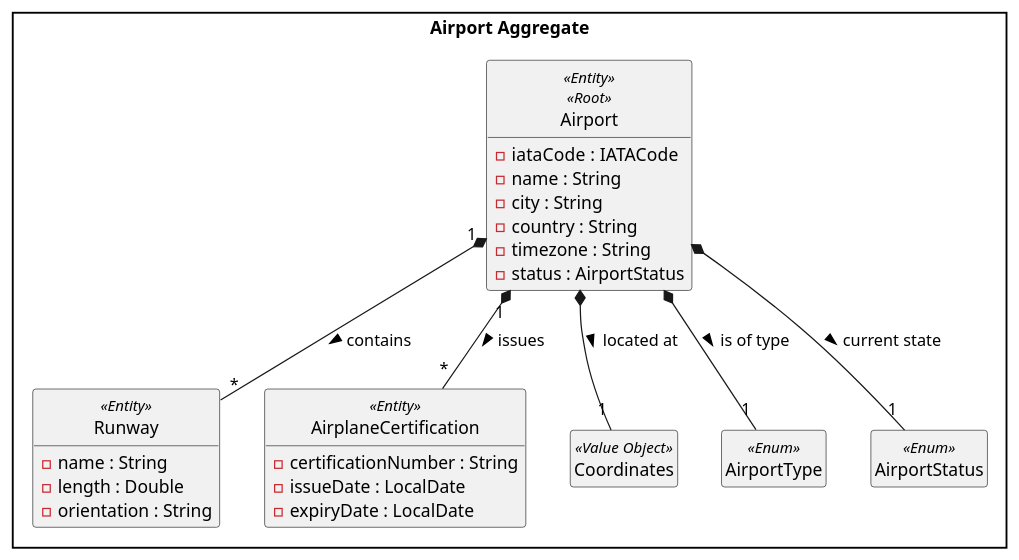
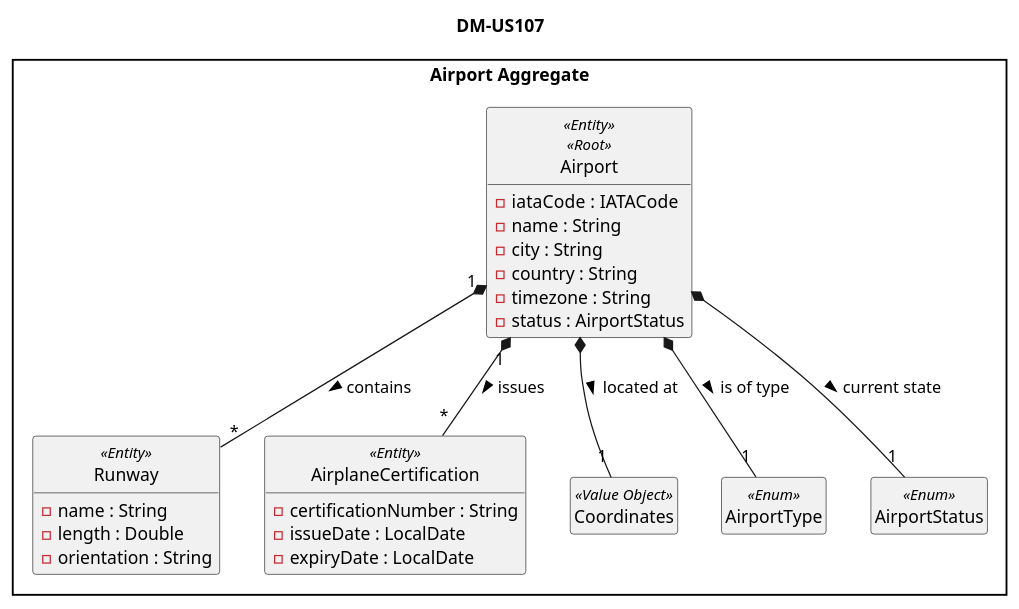
The diagram in docs/WP#2A-Airports/US107/US107-DM.puml (anamartasilvaa/PSOFT_AISafe_Flight), drawn with PlantUML before and after one commit. The commit also changed 39 other files, not shown here.

Commit message:
Títulos nos diagramas

```diff
--- a/docs/WP#2A-Airports/US107/US107-DM.puml
+++ b/docs/WP#2A-Airports/US107/US107-DM.puml
@@ -1,38 +1,39 @@
 @startuml
 skinparam style strictuml
 skinparam packageStyle rectangle
 hide empty members
+title DM-US107
 
 package "Airport Aggregate" {
     class Airport <<Entity>> <<Root>> {
         - iataCode : IATACode
         - name : String
         - city : String
         - country : String
         - timezone : String
         - status : AirportStatus
     }
 
     class Runway <<Entity>> {
         - name : String
         - length : Double
         - orientation : String
     }
 
     class AirplaneCertification <<Entity>> {
         - certificationNumber : String
         - issueDate : LocalDate
         - expiryDate : LocalDate
     }
 
     class Coordinates <<Value Object>>
     enum AirportType <<Enum>>
     enum AirportStatus <<Enum>>
 
     Airport *-- "1" Coordinates : located at >
     Airport *-- "1" AirportType : is of type >
     Airport *-- "1" AirportStatus : current state >
     Airport "1" *-- "*" Runway : contains >
     Airport "1" *-- "*" AirplaneCertification : issues >
 }
 @enduml
```
